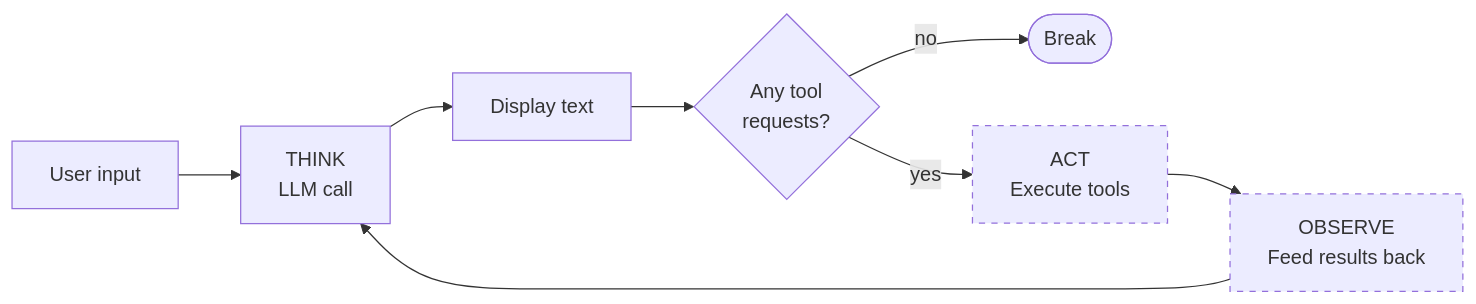
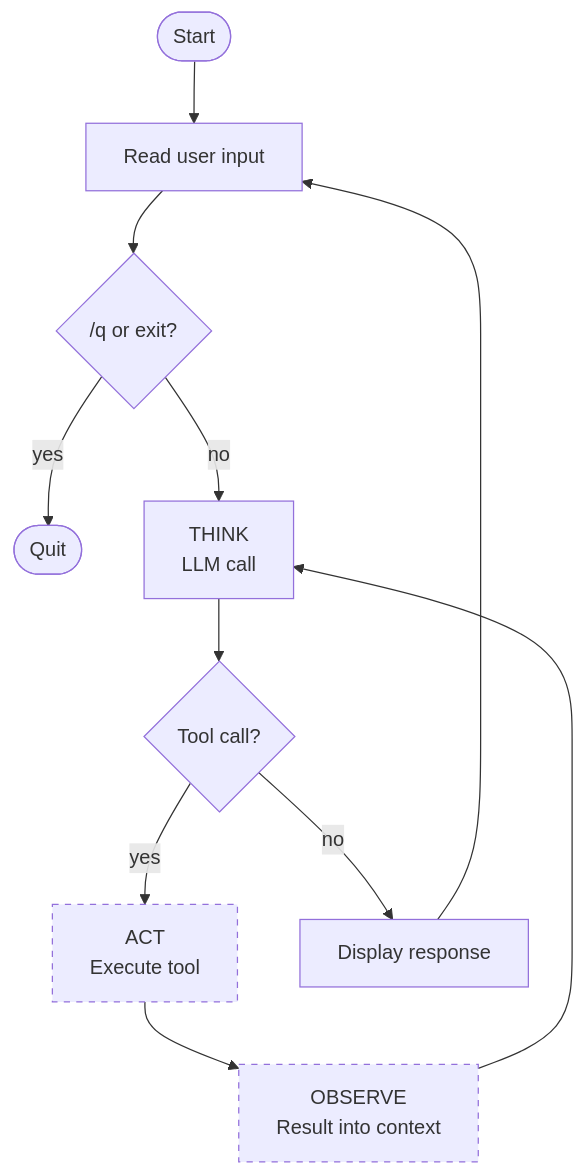
Before and after one commit to averagejoeslab/agenteng: the diagram in agentic-engineering/modules/03-the-tao-loop/README.md, drawn with Mermaid. The commit also changed other lines of this file and 2 other files, not shown here.

First line of the commit message:
docs: collapse modules — merge REPL into 3, merge tools into 4

````diff
--- a/agentic-engineering/modules/03-the-tao-loop/README.md
+++ b/agentic-engineering/modules/03-the-tao-loop/README.md
@@ -15,13 +19,16 @@
 ```mermaid
-flowchart LR
-    Start[User input] --> Think[THINK<br/>LLM call]
-    Think --> Display[Display text]
-    Display --> Check{Any tool<br/>requests?}
-    Check -->|no| Done([Break])
-    Check -->|yes| Act[ACT<br/>Execute tools]
-    Act --> Observe[OBSERVE<br/>Feed results back]
+flowchart TB
+    Start([Start]) --> Read[Read user input]
+    Read --> Quit{/q or exit?}
+    Quit -->|yes| End([Quit])
+    Quit -->|no| Think[THINK<br/>LLM call]
+    Think --> Branch{Tool call?}
+    Branch -->|yes| Act[ACT<br/>Execute tool]
+    Act --> Observe[OBSERVE<br/>Result into context]
     Observe --> Think
+    Branch -->|no| Print[Display response]
+    Print --> Read
 
     style Act stroke-dasharray: 5 5
     style Observe stroke-dasharray: 5 5
 ```
````
